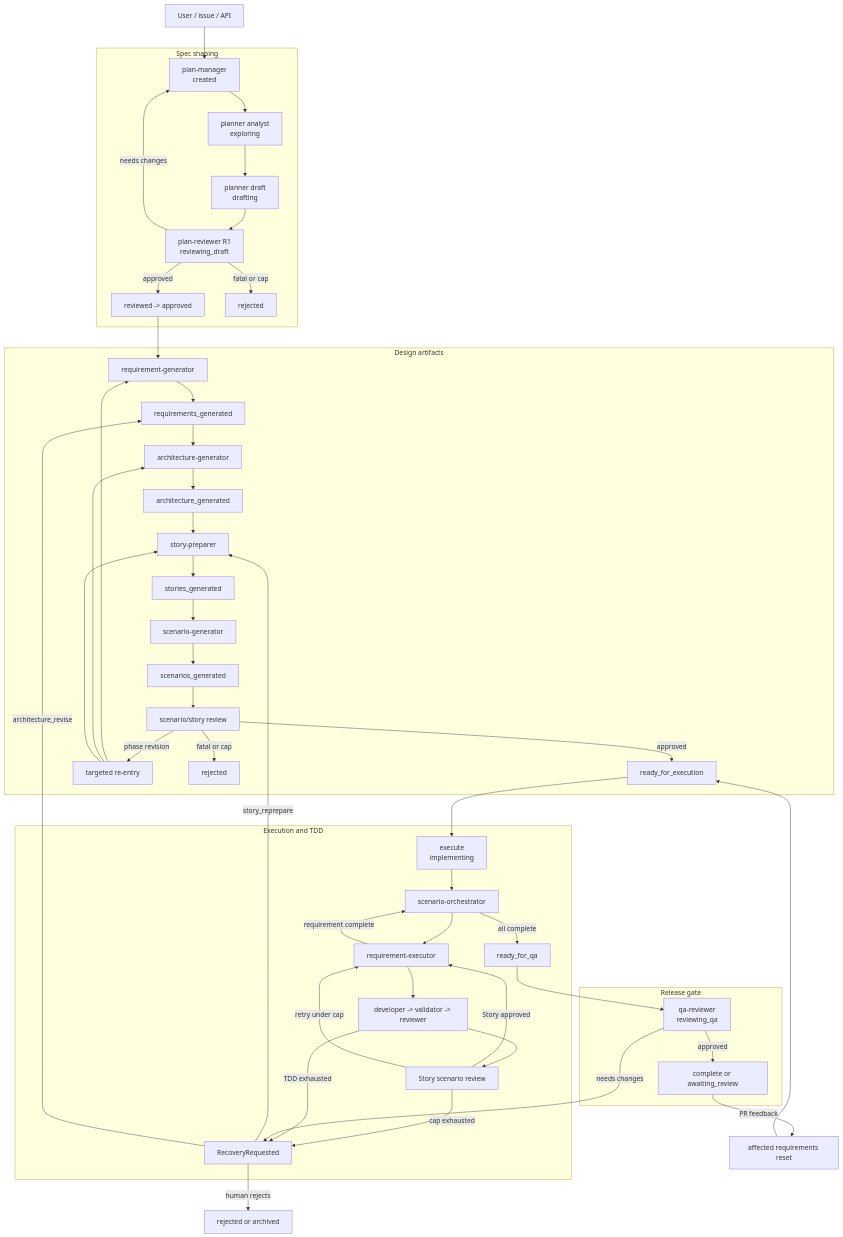
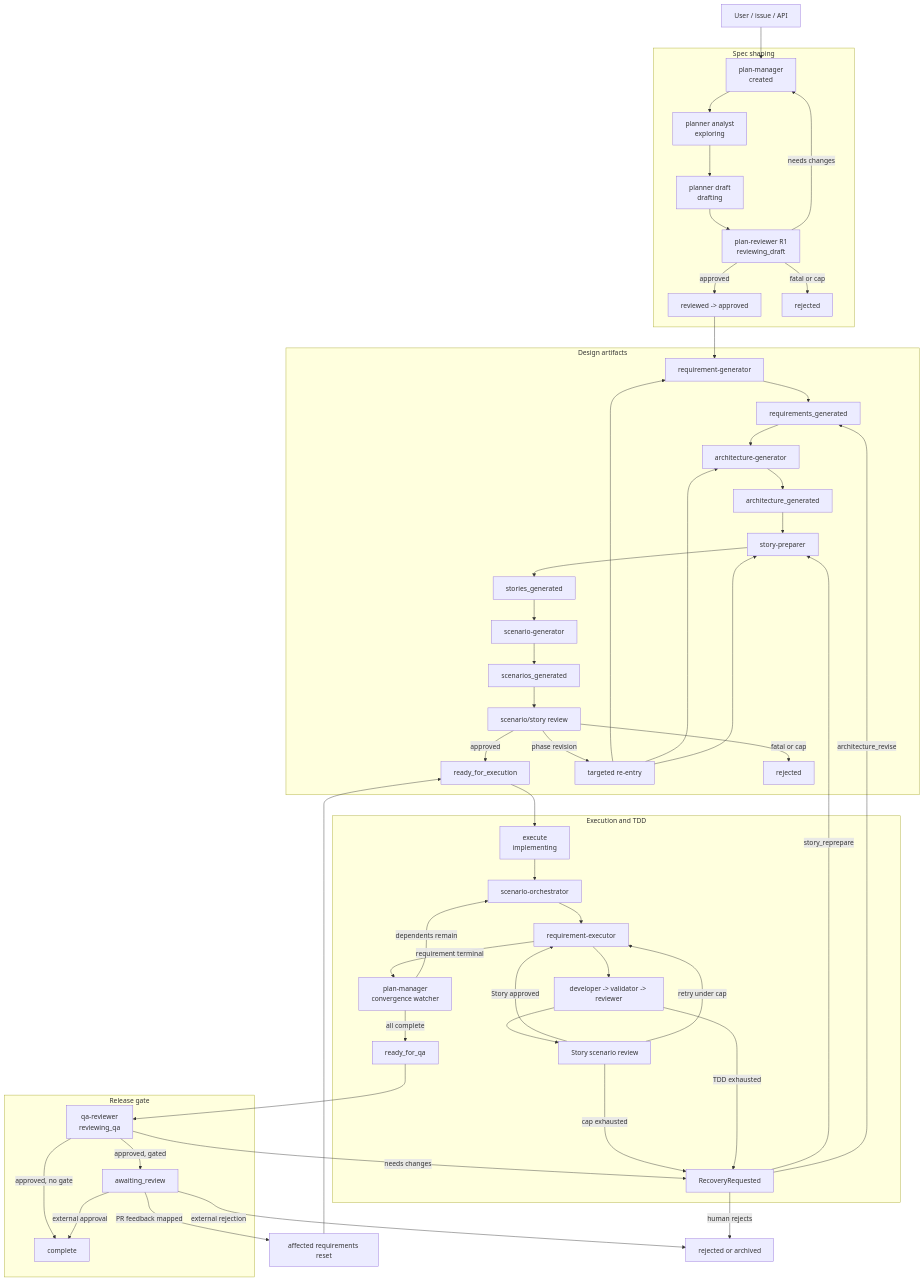
The first of 4 diagrams in docs/e2e-flow.md (C360Studio/semspec), drawn with Mermaid before and after one commit. The commit also changed other lines of this file and 1 other file, not shown here.

First line of the commit message:
docs(flow): land e2e-flow audit + correct state chart accuracy (#239)

````diff
--- a/docs/e2e-flow.md
+++ b/docs/e2e-flow.md
@@ -76,57 +76,61 @@
 ```mermaid
 flowchart TD
     User["User / issue / API"] --> Created["plan-manager<br/>created"]
 
     subgraph Planning["Spec shaping"]
         Created --> Explore["planner analyst<br/>exploring"]
         Explore --> Draft["planner draft<br/>drafting"]
         Draft --> R1["plan-reviewer R1<br/>reviewing_draft"]
         R1 -->|approved| Approved["reviewed -> approved"]
         R1 -->|needs changes| Created
         R1 -->|fatal or cap| Rejected1["rejected"]
     end
 
     subgraph Design["Design artifacts"]
         Approved --> ReqGen["requirement-generator"]
         ReqGen --> ReqReady["requirements_generated"]
         ReqReady --> ArchGen["architecture-generator"]
         ArchGen --> ArchReady["architecture_generated"]
         ArchReady --> StoryPrep["story-preparer"]
         StoryPrep --> StoriesReady["stories_generated"]
         StoriesReady --> ScenarioGen["scenario-generator"]
         ScenarioGen --> ScenariosReady["scenarios_generated"]
         ScenariosReady --> R2["scenario/story review"]
         R2 -->|approved| Ready["ready_for_execution"]
         R2 -->|phase revision| Reentry["targeted re-entry"]
         Reentry --> ReqGen
         Reentry --> ArchGen
         Reentry --> StoryPrep
         R2 -->|fatal or cap| Rejected2["rejected"]
     end
 
     subgraph Execution["Execution and TDD"]
         Ready --> Execute["execute<br/>implementing"]
         Execute --> Orch["scenario-orchestrator"]
         Orch --> ReqExec["requirement-executor"]
         ReqExec --> TaskLoop["developer -> validator -> reviewer"]
         TaskLoop --> StoryReview["Story scenario review"]
         StoryReview -->|Story approved| ReqExec
-        ReqExec -->|requirement complete| Orch
-        Orch -->|all complete| QAReady["ready_for_qa"]
+        ReqExec -->|requirement terminal| Conv["plan-manager<br/>convergence watcher"]
+        Conv -->|dependents remain| Orch
+        Conv -->|all complete| QAReady["ready_for_qa"]
         StoryReview -->|retry under cap| ReqExec
         StoryReview -->|cap exhausted| Recovery["RecoveryRequested"]
         TaskLoop -->|TDD exhausted| Recovery
     end
 
     subgraph QA["Release gate"]
         QAReady --> QAWork["qa-reviewer<br/>reviewing_qa"]
-        QAWork -->|approved| Complete["complete or awaiting_review"]
+        QAWork -->|approved, no gate| Complete["complete"]
+        QAWork -->|approved, gated| AwaitingReview["awaiting_review"]
         QAWork -->|needs changes| Recovery
     end
 
-    Complete -->|PR feedback| Feedback["affected requirements reset"]
+    AwaitingReview -->|PR feedback mapped| Feedback["affected requirements reset"]
+    AwaitingReview -->|external approval| Complete
+    AwaitingReview -->|external rejection| Rejected3["rejected or archived"]
     Feedback --> Ready
     Recovery -->|story_reprepare| StoryPrep
     Recovery -->|architecture_revise| ReqReady
-    Recovery -->|human rejects| Rejected3["rejected or archived"]
+    Recovery -->|human rejects| Rejected3
 ```
````
